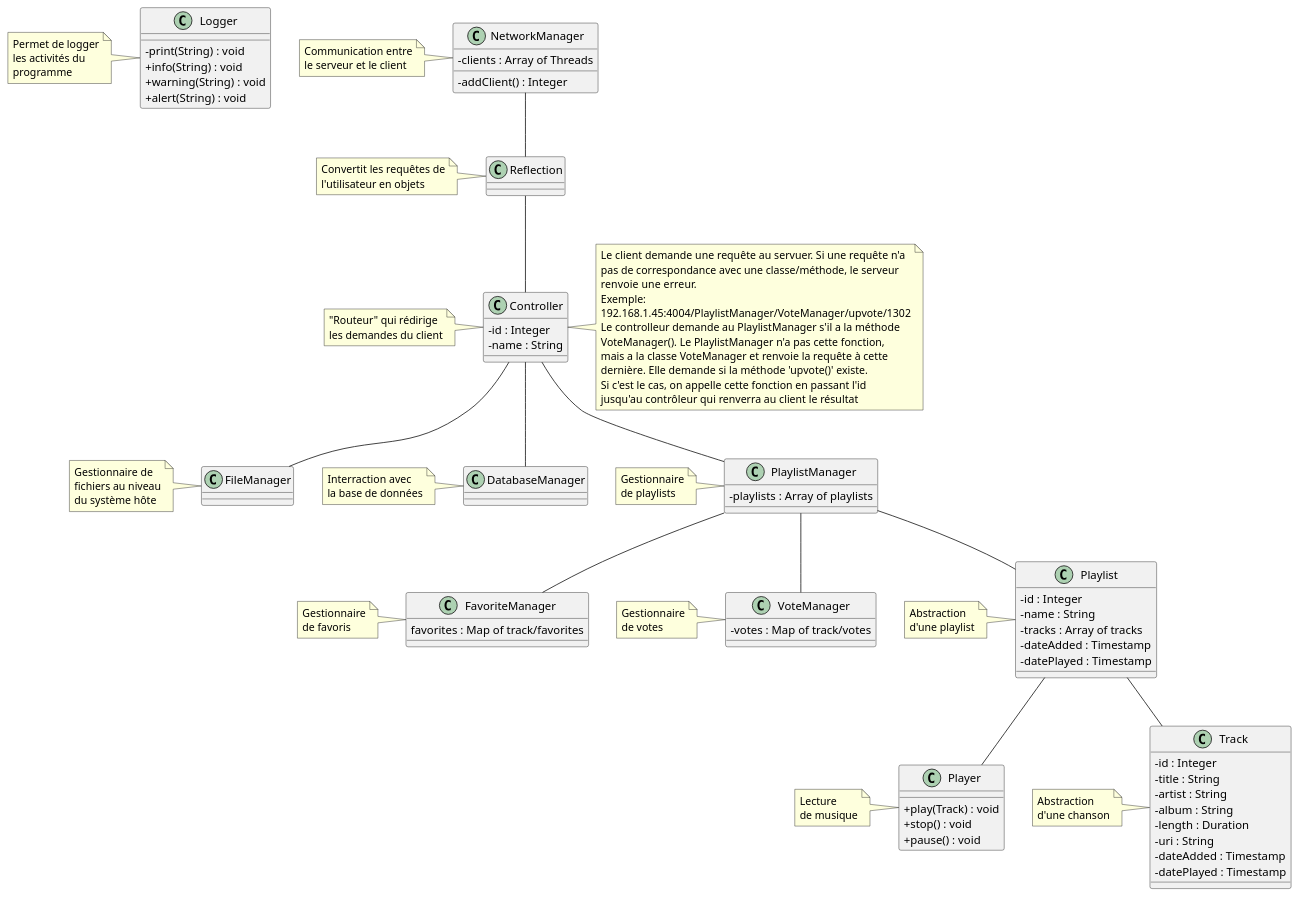
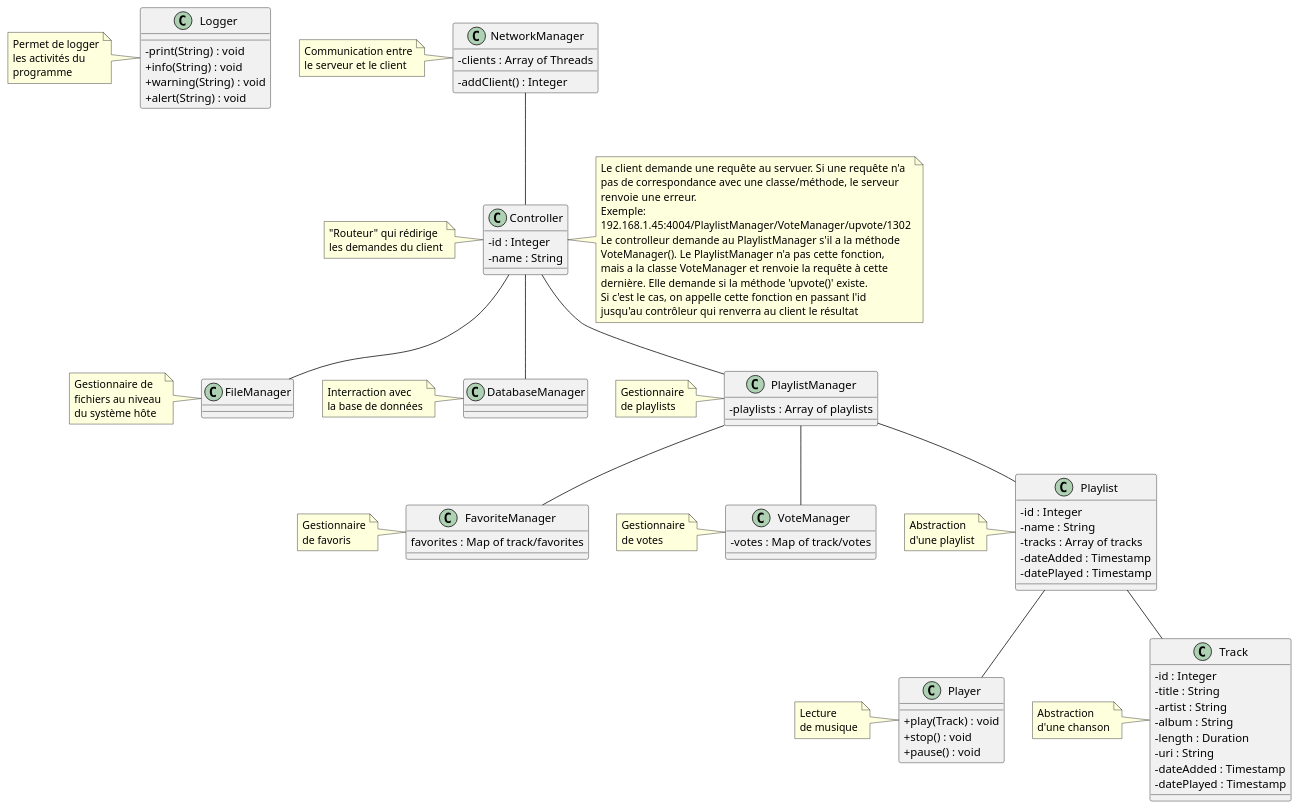
One commit to heig-vd-pro2017/projet changed the diagram in UML.plantuml. Above: the diagram before and after it, drawn with PlantUML.

Commit message:
Updated diagramm

```diff
--- a/UML.plantuml
+++ b/UML.plantuml
@@ -1,164 +1,154 @@
 @startuml
 
 skinparam classAttributeIconSize 0
 
 class Logger {
     -print(String) : void
     +info(String) : void
     +warning(String) : void
     +alert(String) : void
 }
 
 class NetworkManager {
     -clients : Array of Threads
 
     -addClient() : Integer
-
-}
-
-class Reflection {
 
 }
 
 class Controller {
     -id : Integer
     -name : String
 }
 
 class FileManager {
 
 }
 
 class DatabaseManager {
 
 }
 
 class PlaylistManager {
     -playlists : Array of playlists
 }
 
 class FavoriteManager {
     favorites : Map of track/favorites
 }
 
 class VoteManager {
     -votes : Map of track/votes
 }
 
 class Playlist {
     -id : Integer
     -name : String
     -tracks : Array of tracks
     -dateAdded : Timestamp
     -datePlayed : Timestamp
 }
 
 class Player {
     +play(Track) : void
     +stop() : void
     +pause() : void
 }
 
 class Track {
     -id : Integer
     -title : String
     -artist : String
     -album : String
     -length : Duration
     -uri : String
     -dateAdded : Timestamp
     -datePlayed : Timestamp
 }
 
-NetworkManager -- Reflection
-Reflection -- Controller
+NetworkManager -- Controller
 
 Controller -- FileManager
 Controller -- DatabaseManager
 Controller -- PlaylistManager
 
 PlaylistManager -- FavoriteManager
 PlaylistManager -- VoteManager
 PlaylistManager -- Playlist
 
 Playlist -- Player
 Playlist -- Track
 
 note left of Logger
     Permet de logger
     les activités du
     programme
 endnote
 
 note left of NetworkManager
     Communication entre
     le serveur et le client
-endnote
-
-note left of Reflection
-    Convertit les requêtes de
-    l'utilisateur en objets
 endnote
 
 note left of Controller
     "Routeur" qui rédirige
     les demandes du client
 endnote
 
 note  right of Controller
     Le client demande une requête au servuer. Si une requête n'a
     pas de correspondance avec une classe/méthode, le serveur
     renvoie une erreur.
     Exemple:
     192.168.1.45:4004/PlaylistManager/VoteManager/upvote/1302
     Le controlleur demande au PlaylistManager s'il a la méthode
     VoteManager(). Le PlaylistManager n'a pas cette fonction,
     mais a la classe VoteManager et renvoie la requête à cette
     dernière. Elle demande si la méthode 'upvote()' existe.
     Si c'est le cas, on appelle cette fonction en passant l'id
     '1302' en paramètre à la fonction. Son résultat est retourné
     jusqu'au contrôleur qui renverra au client le résultat
 endnote
 
 note left of FileManager
     Gestionnaire de
     fichiers au niveau
     du système hôte
 endnote
 
 note left of DatabaseManager
     Interraction avec
     la base de données
 endnote
 
 note left of PlaylistManager
     Gestionnaire
     de playlists
 endnote
 
 note left of FavoriteManager
     Gestionnaire
     de favoris
 endnote
 
 note left of VoteManager
     Gestionnaire
     de votes
 endnote
 
 note left of Playlist
     Abstraction
     d'une playlist
 endnote
 
 note left of Player
     Lecture
     de musique
 endnote
 
 note left of Track
     Abstraction
     d'une chanson
 endnote
 
 @enduml
```
